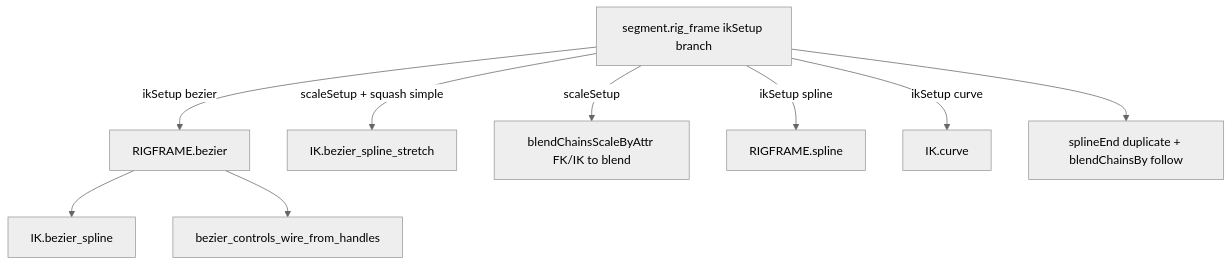
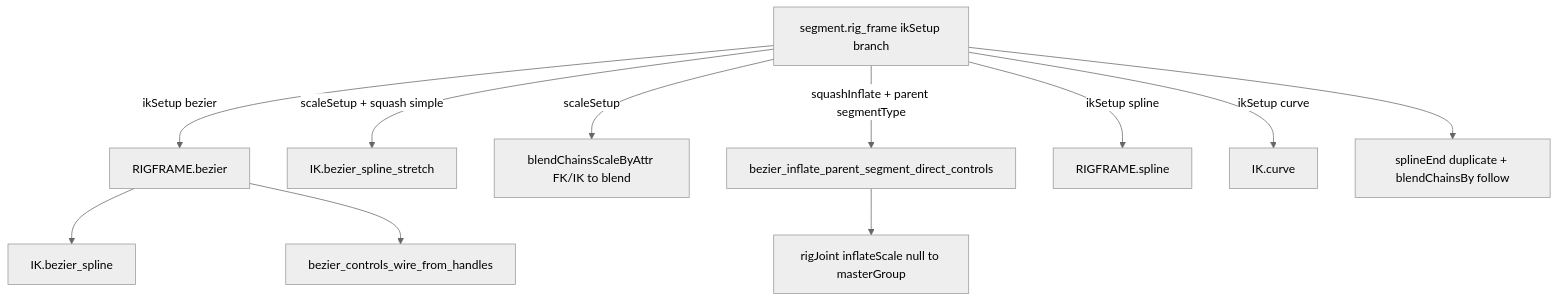
The diagram in Branches/Branch_BezierIK.md (jjburton/cgmToolsDev), drawn with Mermaid (neutral theme) before and after one commit. The commit also changed other lines of this file and 1 other file, not shown here.

First line of the commit message:
Document Bezier inflate and ramp updates

````diff
--- a/Branches/Branch_BezierIK.md
+++ b/Branches/Branch_BezierIK.md
@@ -75,12 +75,14 @@
 ```mermaid
 flowchart TD
   segmentRig[segment.rig_frame ikSetup branch]
   segmentRig -->|ikSetup bezier| rigFrameBezier[RIGFRAME.bezier]
   rigFrameBezier --> bezierSpline[IK.bezier_spline]
   rigFrameBezier --> wireCV[bezier_controls_wire_from_handles]
   segmentRig -->|scaleSetup + squash simple| stretch[IK.bezier_spline_stretch]
   segmentRig -->|scaleSetup| scaleBlend[blendChainsScaleByAttr FK/IK to blend]
+  segmentRig -->|squashInflate + parent segmentType| inflateParent[bezier_inflate_parent_segment_direct_controls]
+  inflateParent --> rigDirect[rigJoint inflateScale null to masterGroup]
   segmentRig -->|ikSetup spline| rigFrameSpline[RIGFRAME.spline]
   segmentRig -->|ikSetup curve| ikCurve[IK.curve]
   segmentRig --> endDup[splineEnd duplicate + blendChainsBy follow]
 ```
````
